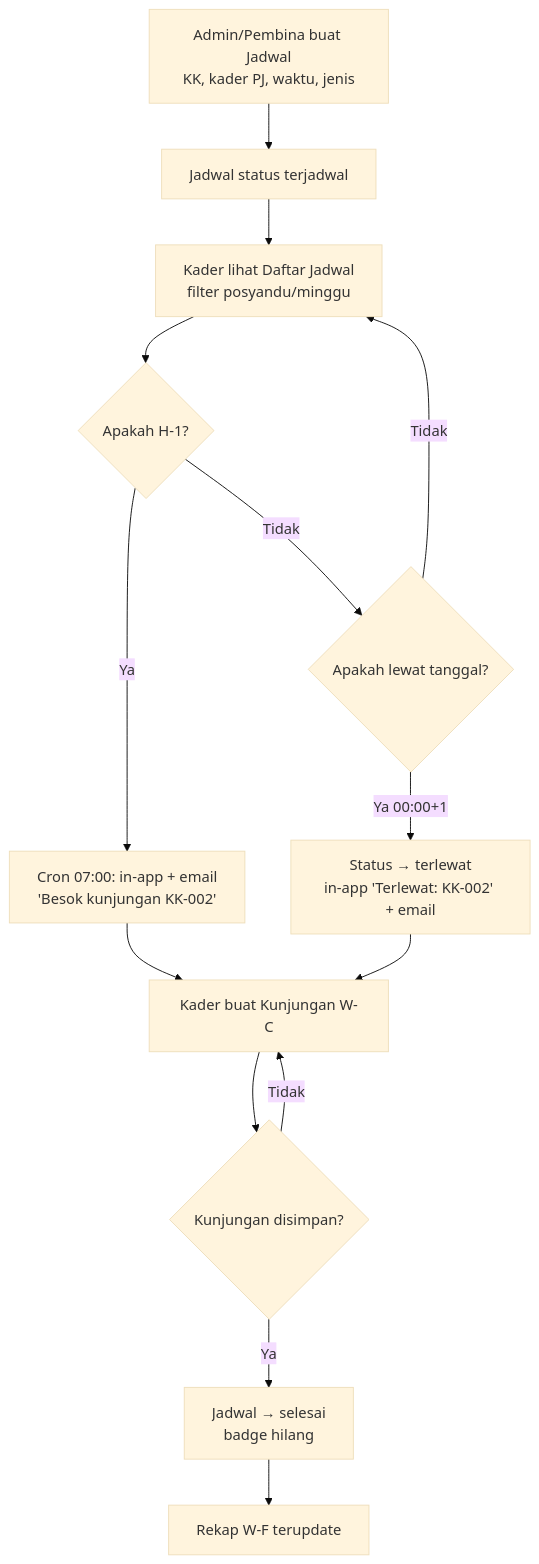
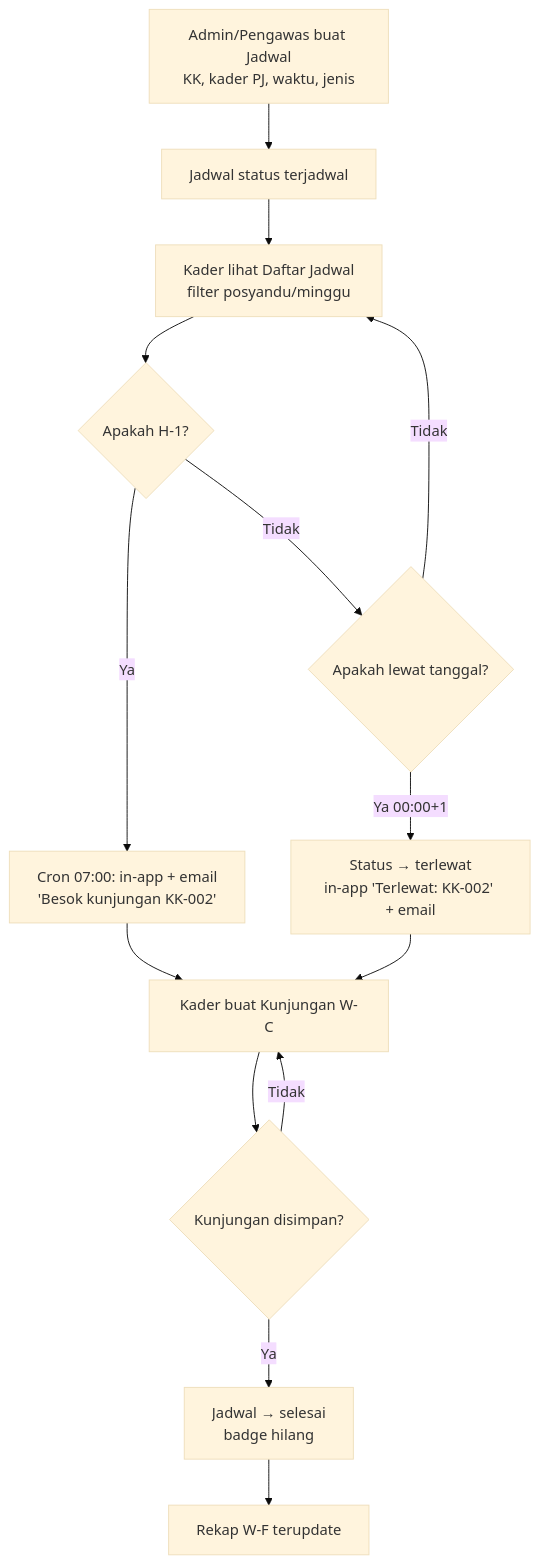
The first of 2 diagrams in docs/workflows/W-D-jadwal-notifikasi.md (Lyc-n/prd), drawn with Mermaid (base theme) before and after one commit. The commit also changed other lines of this file and 7 other files, not shown here.

````diff
--- a/docs/workflows/W-D-jadwal-notifikasi.md
+++ b/docs/workflows/W-D-jadwal-notifikasi.md
@@ -24,16 +24,16 @@
 ```mermaid
 flowchart TD
-    A[Admin/Pembina buat Jadwal\nKK, kader PJ, waktu, jenis] --> B[Jadwal status terjadwal]
+    A[Admin/Pengawas buat Jadwal\nKK, kader PJ, waktu, jenis] --> B[Jadwal status terjadwal]
     B --> C[Kader lihat Daftar Jadwal\nfilter posyandu/minggu]
     C --> D{Apakah H-1?}
     D -->|Ya| E[Cron 07:00: in-app + email\n'Besok kunjungan KK-002']
     D -->|Tidak| F{Apakah lewat tanggal?}
     F -->|Ya 00:00+1| G[Status → terlewat\nin-app 'Terlewat: KK-002' + email]
     F -->|Tidak| C
     E --> H[Kader buat Kunjungan W-C]
     G --> H
     H --> I{Kunjungan disimpan?}
     I -->|Ya| J[Jadwal → selesai\nbadge hilang]
     I -->|Tidak| H
     J --> K[Rekap W-F terupdate]
 ```
````
